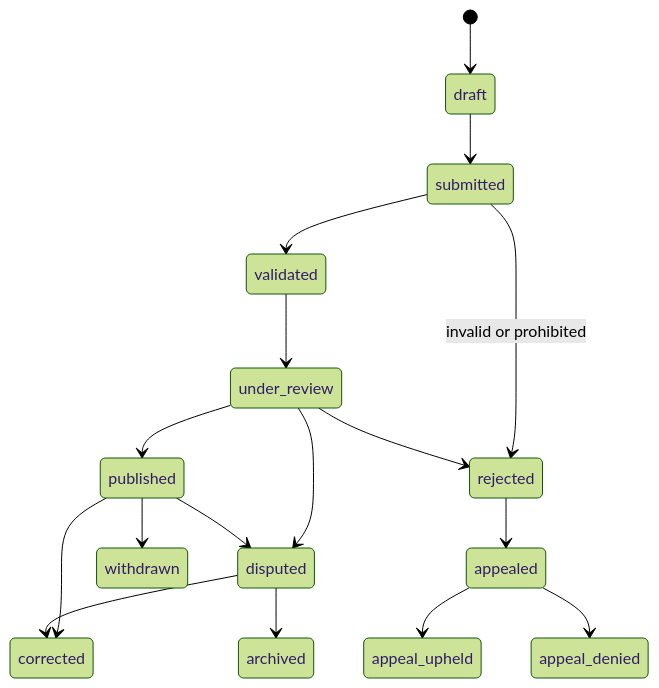
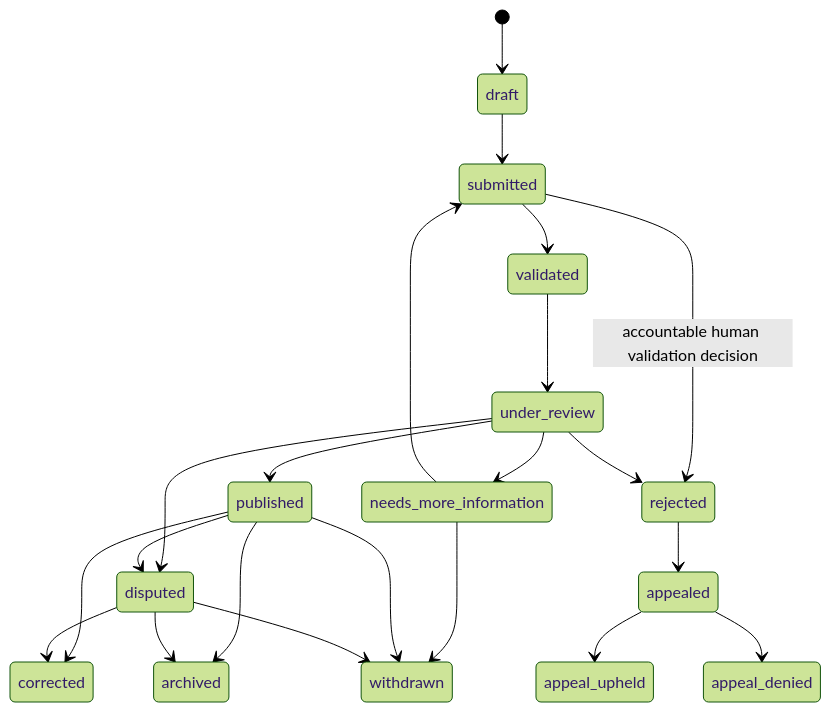
One commit to constitutionalmoney/rate-my-representatives-app changed the ninth of 14 diagrams in docs/DATA_MODEL.md. Above: the diagram before and after it, drawn with Mermaid (forest theme). The commit also changed other lines of this file and 23 other files, not shown here.

````diff
--- a/docs/DATA_MODEL.md
+++ b/docs/DATA_MODEL.md
@@ -405,19 +408,24 @@
 ```mermaid
 stateDiagram-v2
   [*] --> draft
   draft --> submitted
   submitted --> validated
-  submitted --> rejected: invalid or prohibited
+  submitted --> rejected: accountable human validation decision
   validated --> under_review
   under_review --> published
   under_review --> disputed
   under_review --> rejected
+  under_review --> needs_more_information
+  needs_more_information --> submitted
+  needs_more_information --> withdrawn
   published --> disputed
   published --> corrected
   published --> withdrawn
+  published --> archived
   disputed --> corrected
+  disputed --> withdrawn
   disputed --> archived
   rejected --> appealed
   appealed --> appeal_upheld
   appealed --> appeal_denied
 ```
````
